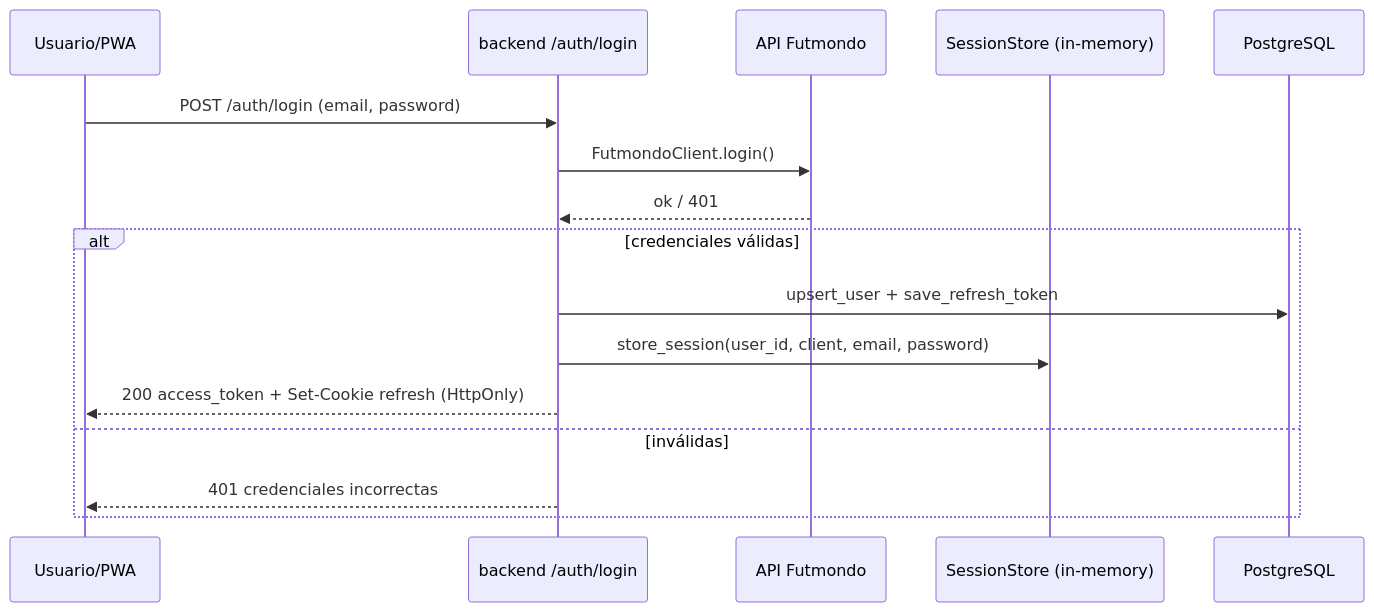
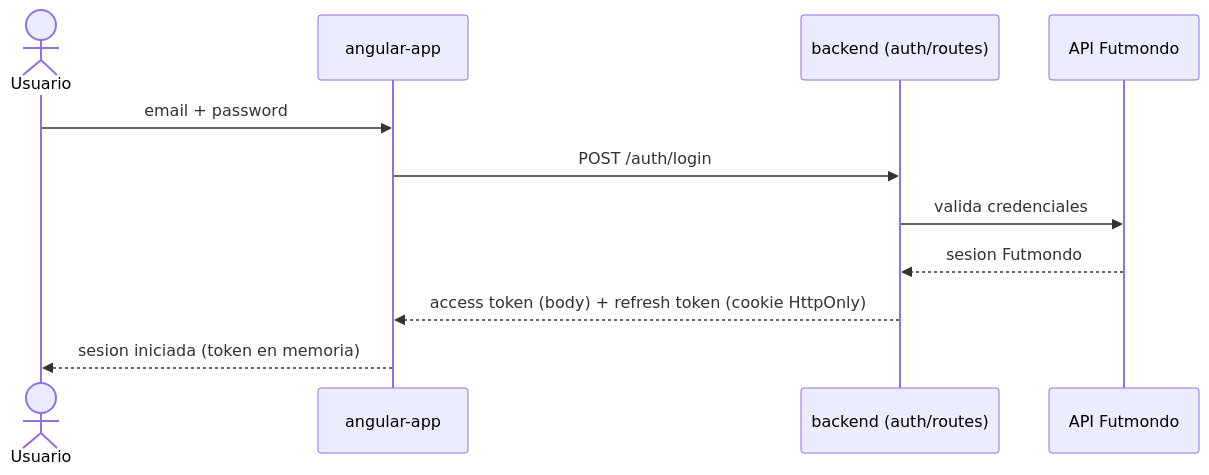
Before and after one commit to Mutinho/futmondo-analytics: the second of 4 diagrams in aidlc/spaces/default/codekb/futmondo-analytics/architecture.md, drawn with Mermaid. The commit also changed other lines of this file and 50 other files, not shown here.

````diff
--- a/aidlc/spaces/default/codekb/futmondo-analytics/architecture.md
+++ b/aidlc/spaces/default/codekb/futmondo-analytics/architecture.md
@@ -94,19 +57,13 @@
 ```mermaid
 sequenceDiagram
-    participant U as Usuario/PWA
-    participant BE as backend /auth/login
-    participant FM as API Futmondo
-    participant SS as SessionStore (in-memory)
-    participant DB as PostgreSQL
-
-    U->>BE: POST /auth/login (email, password)
-    BE->>FM: FutmondoClient.login()
-    FM-->>BE: ok / 401
-    alt credenciales válidas
-        BE->>DB: upsert_user + save_refresh_token
-        BE->>SS: store_session(user_id, client, email, password)
-        BE-->>U: 200 access_token + Set-Cookie refresh (HttpOnly)
-    else inválidas
-        BE-->>U: 401 credenciales incorrectas
-    end
+  actor U as Usuario
+  participant FE as angular-app
+  participant BE as backend (auth/routes)
+  participant FM as API Futmondo
+  U->>FE: email + password
+  FE->>BE: POST /auth/login
+  BE->>FM: valida credenciales
+  FM-->>BE: sesion Futmondo
+  BE-->>FE: access token (body) + refresh token (cookie HttpOnly)
+  FE-->>U: sesion iniciada (token en memoria)
 ```
````
